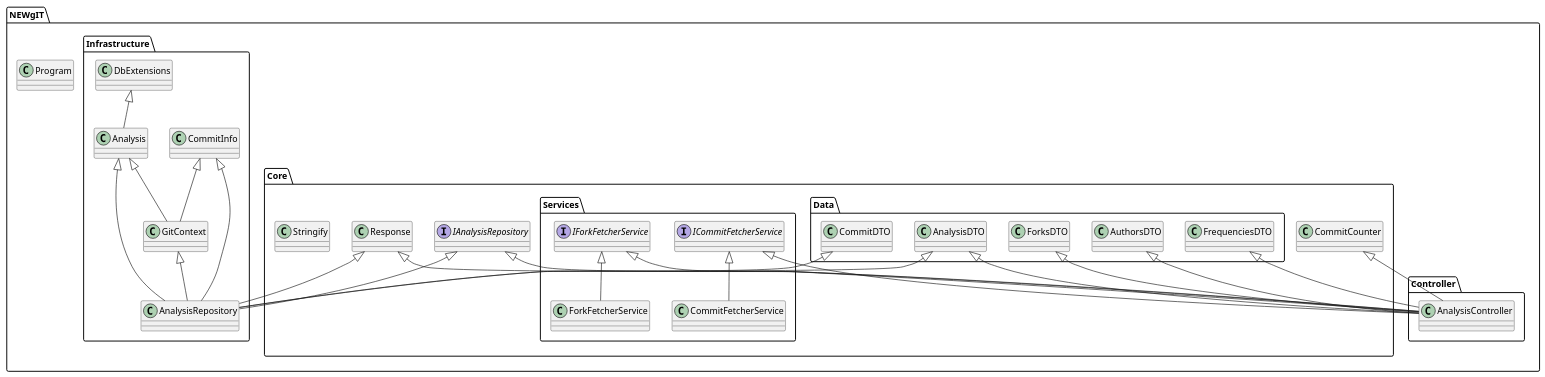
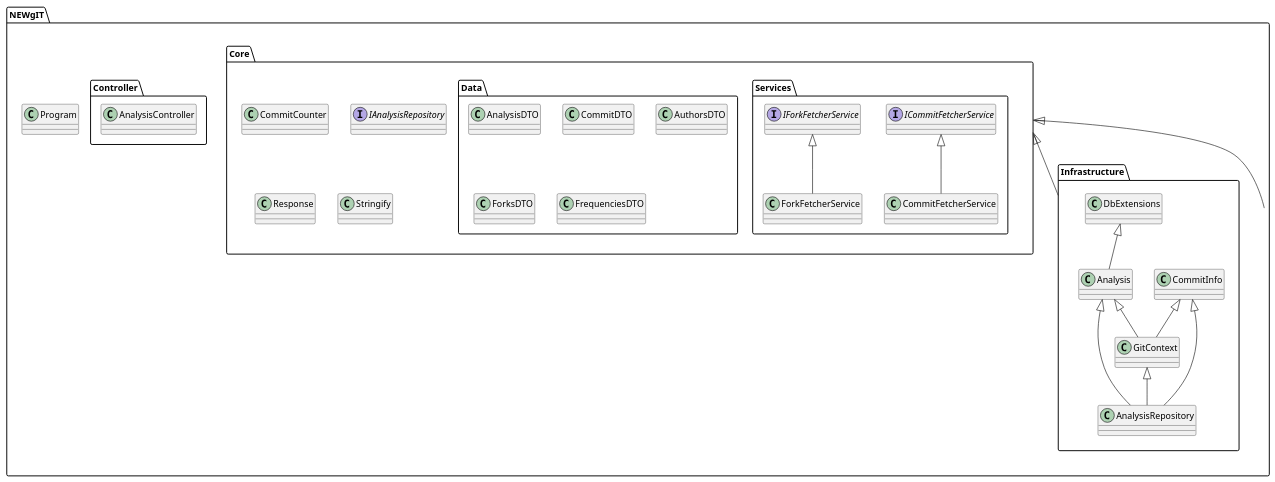
The first of 2 diagrams in docs/diagrams-code.md (atro-itu/bdsa-project-newgit), drawn with PlantUML before and after one commit.

Commit message:
changed dependencies
Now only internal dependencies will be shown in detail. While
other dependencies going from one namespace to another will
just have the namespace point to the other.
iss #78

````diff
--- a/docs/diagrams-code.md
+++ b/docs/diagrams-code.md
@@ -9,63 +9,59 @@
 ```plantuml
 @startuml packageDiagram
 
 namespace NEWgIT.Core {
   namespace Services{
     class CommitFetcherService{}
     class ForkFetcherService{}
     interface ICommitFetcherService{}
     interface IForkFetcherService{}
   }
   namespace Data {
     class AnalysisDTO {}
     class CommitDTO{}
     class AuthorsDTO{}
     class ForksDTO{}
     class FrequenciesDTO{}
   }
   class CommitCounter{}
   interface IAnalysisRepository{}
   'class RepositoryExtensions{}'
   class Response{}
   class Stringify{}
 }
 
 namespace NEWgIT.Infrastructure{
   class Analysis{}
   class AnalysisRepository{}
   class CommitInfo{}
   class DbExtensions{}
   class GitContext{}
 }
 
 namespace NEWgIT{
   namespace Controller{
     class AnalysisController{}
   }
   class Program{}
 }
 
-NEWgIT.Core.IAnalysisRepository <|-- NEWgIT.Infrastructure.AnalysisRepository
+'Outgoing NEWgIT.Infrastructure.AnalysisRepository dependencies'
+NEWgIT.Core <|-- NEWgIT.Infrastructure
+
+'Internal NEWgIT.Core.Services dependencies'
 NEWgIT.Core.Services.ICommitFetcherService <|-- NEWgIT.Core.Services.CommitFetcherService
 NEWgIT.Core.Services.IForkFetcherService <|-- NEWgIT.Core.Services.ForkFetcherService
+
+'Internal NEWgIT.Infrastructure.denpendencies
 NEWgIT.Infrastructure.GitContext <|-- NEWgIT.Infrastructure.AnalysisRepository
-NEWgIT.Core.Response <|-- NEWgIT.Infrastructure.AnalysisRepository
 NEWgIT.Infrastructure.Analysis <|-- NEWgIT.Infrastructure.AnalysisRepository
-NEWgIT.Core.Data.AnalysisDTO <|-- NEWgIT.Infrastructure.AnalysisRepository
-NEWgIT.Core.Data.CommitDTO <|-- NEWgIT.Infrastructure.AnalysisRepository
 NEWgIT.Infrastructure.CommitInfo <|-- NEWgIT.Infrastructure.AnalysisRepository
 NEWgIT.Infrastructure.DbExtensions <|-- NEWgIT.Infrastructure.Analysis
 NEWgIT.Infrastructure.Analysis <|-- NEWgIT.Infrastructure.GitContext
 NEWgIT.Infrastructure.CommitInfo <|-- NEWgIT.Infrastructure.GitContext
-NEWgIT.Core.IAnalysisRepository <|-- NEWgIT.Controller.AnalysisController
-NEWgIT.Core.Services.ICommitFetcherService <|-- NEWgIT.Controller.AnalysisController
-NEWgIT.Core.Services.IForkFetcherService <|-- NEWgIT.Controller.AnalysisController
-NEWgIT.Core.Data.AuthorsDTO <|-- NEWgIT.Controller.AnalysisController
-NEWgIT.Core.Data.FrequenciesDTO <|-- NEWgIT.Controller.AnalysisController
-NEWgIT.Core.CommitCounter <|-- NEWgIT.Controller.AnalysisController
-NEWgIT.Core.Data.ForksDTO <|-- NEWgIT.Controller.AnalysisController
-NEWgIT.Core.Data.AnalysisDTO <|-- NEWgIT.Controller.AnalysisController
-NEWgIT.Core.Response <|-- NEWgIT.Controller.AnalysisController
+
+'Outgoing NEWgIT.Controller.AnalysisController dependencies'
+NEWgIT.Core <|-- NEWgIT
 
 @enduml
 ```
````
